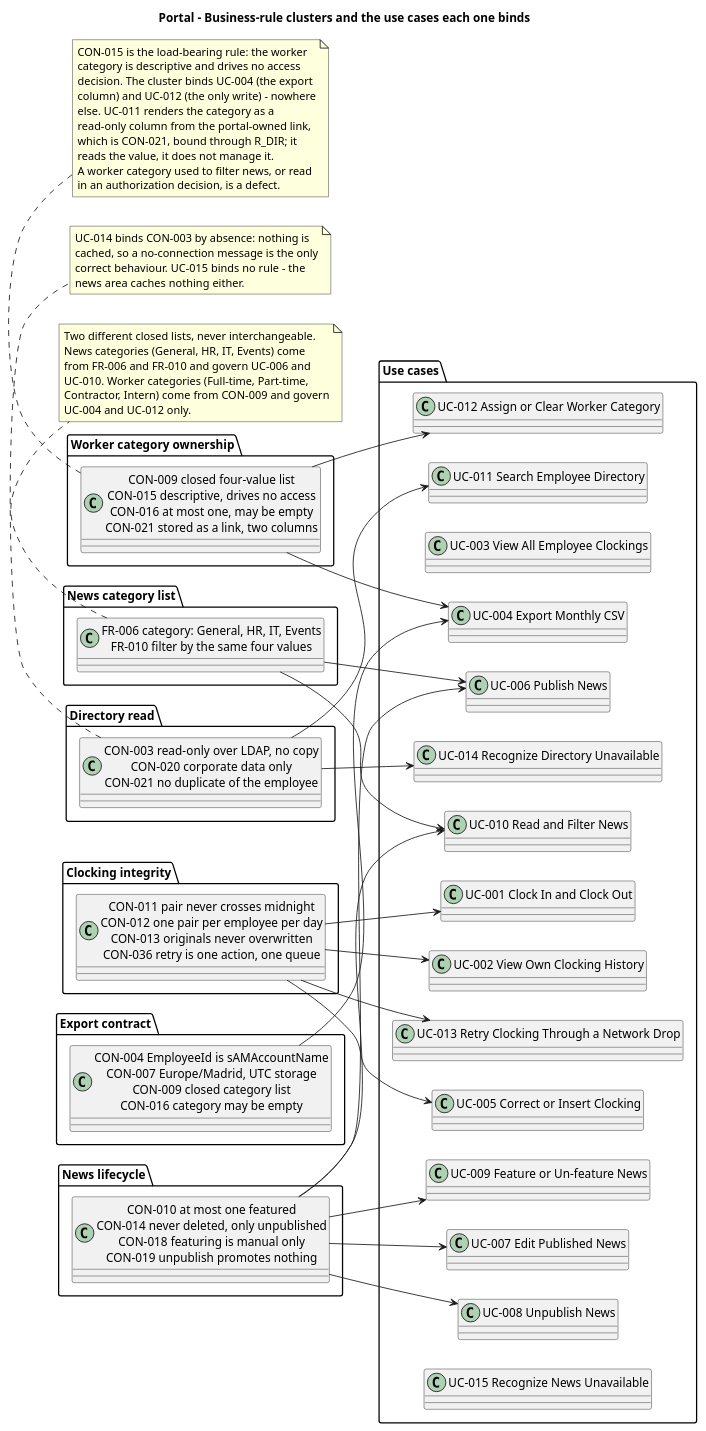
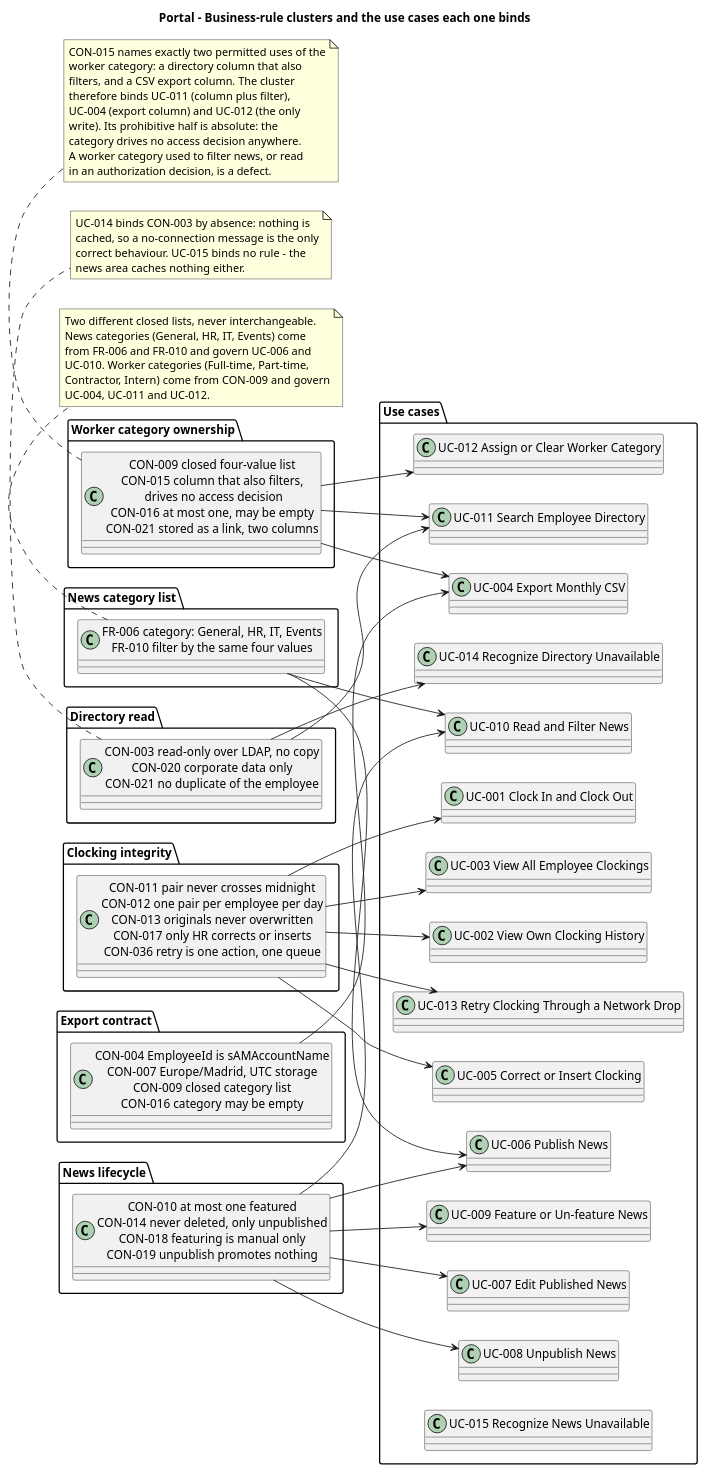
One commit to banense-test/portal changed the second of 6 diagrams in docs/artifacts/requirements/use-case-model.md. Above: the diagram before and after it, drawn with PlantUML. The commit also changed other lines of this file, not shown here.

Commit message:
System Analyst [I3]: upsert Use-Case Model
[skip ci]

```diff
--- a/docs/artifacts/requirements/use-case-model.md
+++ b/docs/artifacts/requirements/use-case-model.md
@@ -151,7 +151,7 @@
 left to right direction
 
 package "Clocking integrity" {
-  class "CON-011 pair never crosses midnight\nCON-012 one pair per employee per day\nCON-013 originals never overwritten\nCON-036 retry is one action, one queue" as R_CLK
+  class "CON-011 pair never crosses midnight\nCON-012 one pair per employee per day\nCON-013 originals never overwritten\nCON-017 only HR corrects or inserts\nCON-036 retry is one action, one queue" as R_CLK
 }
 
 package "Export contract" {
@@ -167,7 +167,7 @@
 }
 
 package "Worker category ownership" {
-  class "CON-009 closed four-value list\nCON-015 descriptive, drives no access\nCON-016 at most one, may be empty\nCON-021 stored as a link, two columns" as R_CAT
+  class "CON-009 closed four-value list\nCON-015 column that also filters,\n drives no access decision\nCON-016 at most one, may be empty\nCON-021 stored as a link, two columns" as R_CAT
 }
 
 package "Directory read" {
@@ -194,6 +194,7 @@
 
 R_CLK --> UC001
 R_CLK --> UC002
+R_CLK --> UC003
 R_CLK --> UC005
 R_CLK --> UC013
 
@@ -209,20 +210,20 @@
 R_NCAT --> UC010
 
 R_CAT --> UC004
+R_CAT --> UC011
 R_CAT --> UC012
 
 R_DIR --> UC011
 R_DIR --> UC014
 
 note bottom of R_CAT
-  CON-015 is the load-bearing rule: the worker
-  category is descriptive and drives no access
-  decision. The cluster binds UC-004 (the export
-  column) and UC-012 (the only write) - nowhere
-  else. UC-011 renders the category as a
-  read-only column from the portal-owned link,
-  which is CON-021, bound through R_DIR; it
-  reads the value, it does not manage it.
+  CON-015 names exactly two permitted uses of the
+  worker category: a directory column that also
+  filters, and a CSV export column. The cluster
+  therefore binds UC-011 (column plus filter),
+  UC-004 (export column) and UC-012 (the only
+  write). Its prohibitive half is absolute: the
+  category drives no access decision anywhere.
   A worker category used to filter news, or read
   in an authorization decision, is a defect.
 end note
@@ -233,7 +234,7 @@
   from FR-006 and FR-010 and govern UC-006 and
   UC-010. Worker categories (Full-time, Part-time,
   Contractor, Intern) come from CON-009 and govern
-  UC-004 and UC-012 only.
+  UC-004, UC-011 and UC-012.
 end note
 
 note bottom of R_DIR
```
